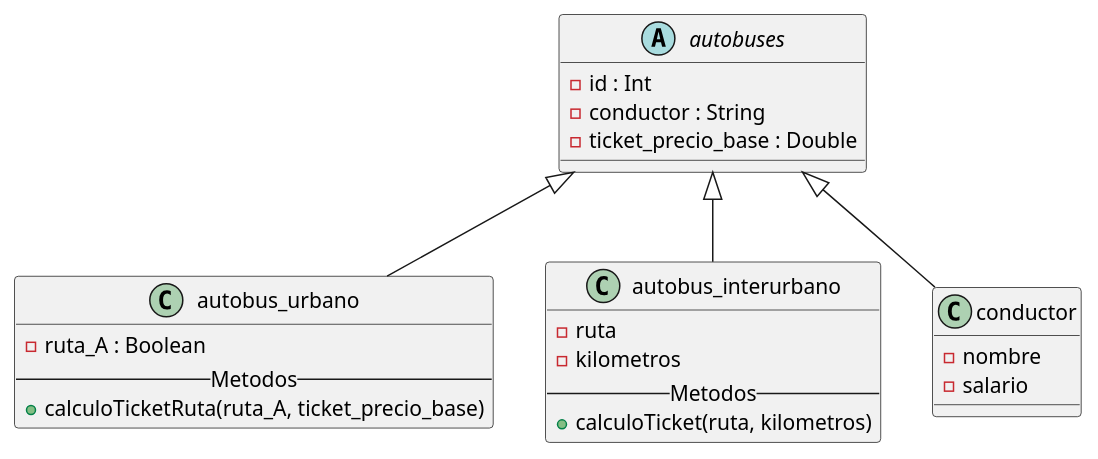
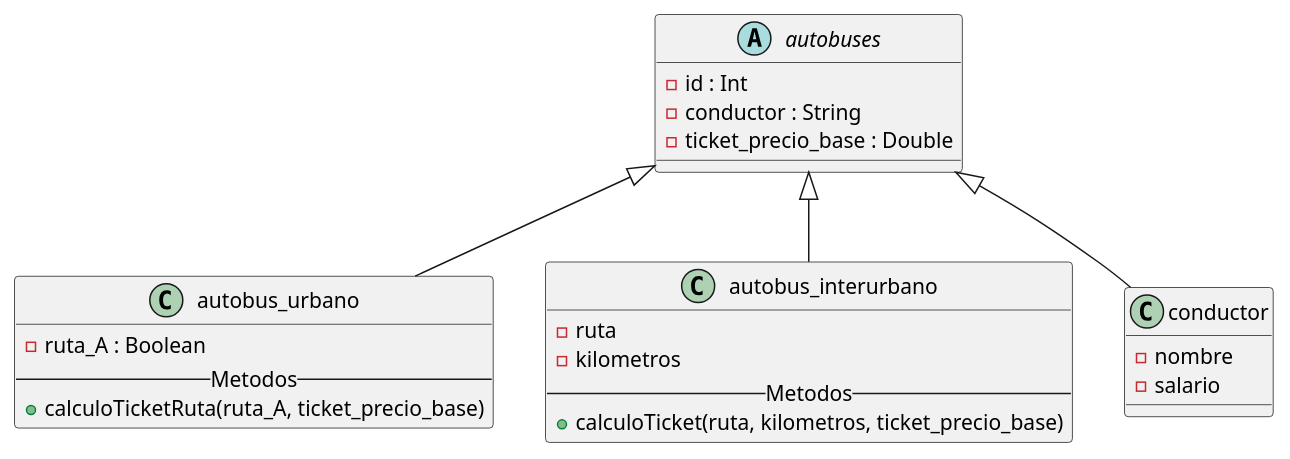
The diagram in .idea/Actividad.puml (AngelinhoSardinha/Programacion), drawn with PlantUML before and after one commit.

```diff
--- a/.idea/Actividad.puml
+++ b/.idea/Actividad.puml
@@ -1,31 +1,31 @@
 @startuml
 
 abstract class autobuses {
     - id : Int
     - conductor : String
     - ticket_precio_base : Double
 }
 
 class autobus_urbano {
     - ruta_A : Boolean
     --Metodos--
     + calculoTicketRuta(ruta_A, ticket_precio_base)
 }
 
 class autobus_interurbano {
     - ruta
     - kilometros
     --Metodos--
-    + calculoTicket(ruta, kilometros)
+    + calculoTicket(ruta, kilometros, ticket_precio_base)
 }
 
 class conductor {
     - nombre
     - salario
 }
 
 autobuses <|-- autobus_interurbano
 autobuses <|-- autobus_urbano
 autobuses <|-- conductor
 
 @enduml
```
